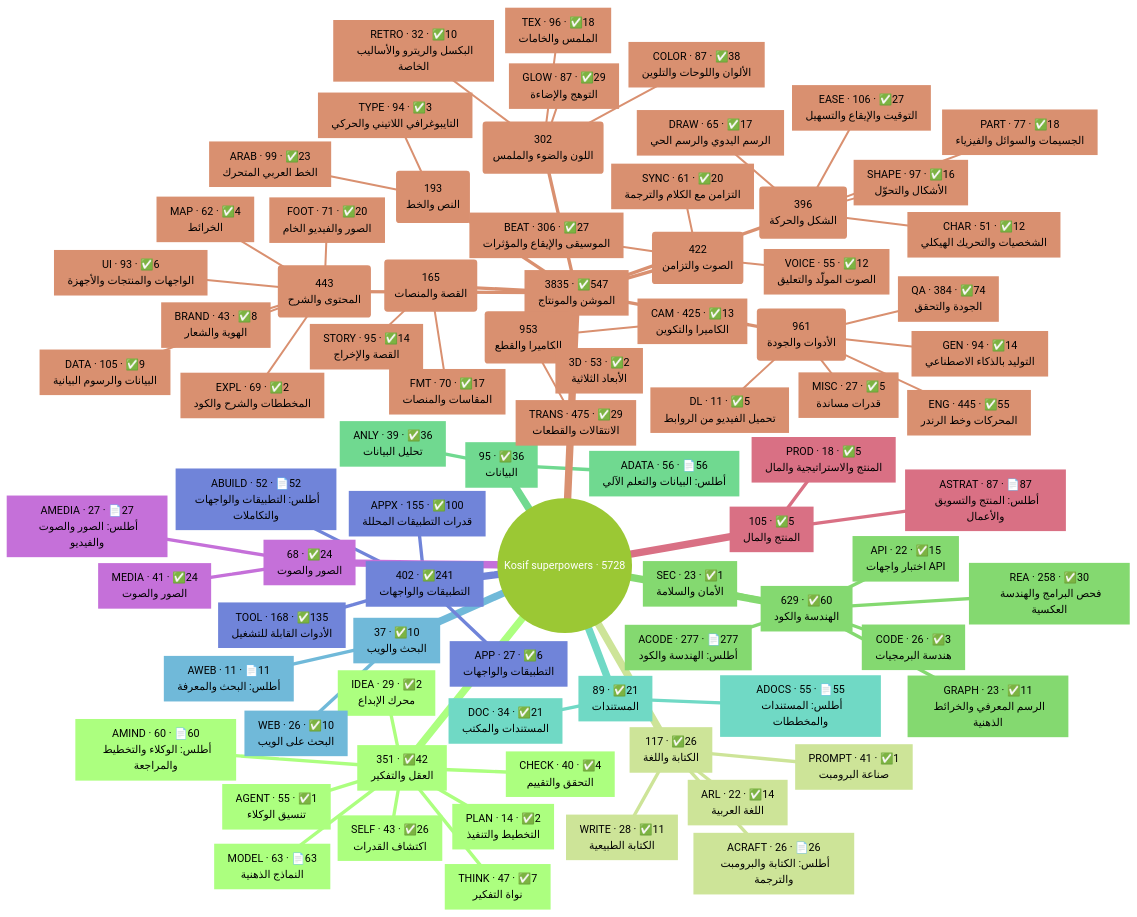
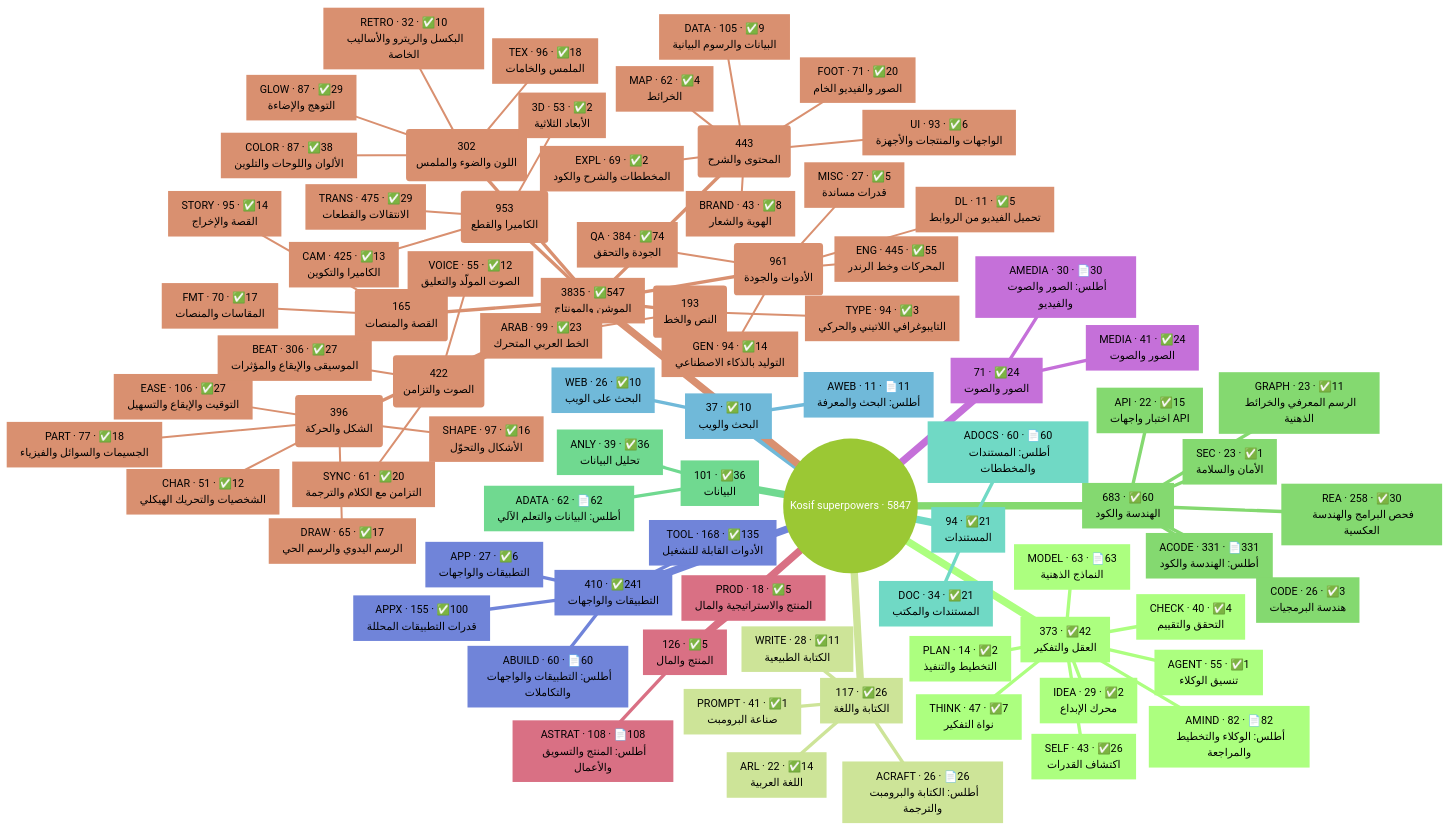
Before and after one commit to kosif199022-jpg/kosif-tool: the first of 2 diagrams in .claude/skills/kosif-superpowers/references/capability-map.md, drawn with Mermaid (forest theme). The commit also changed other lines of this file and 1314 other files, not shown here.

````diff
--- a/.claude/skills/kosif-superpowers/references/capability-map.md
+++ b/.claude/skills/kosif-superpowers/references/capability-map.md
@@ -18,12 +18,12 @@
 ```mermaid
 mindmap
-  root((Kosif superpowers · 5728))
-    n1["`351 · ✅42
+  root((Kosif superpowers · 5847))
+    n1["`373 · ✅42
 العقل والتفكير`"]
-      n2["`MODEL · 63 · 📄63
+      n2["`AMIND · 82 · 📄82
+أطلس: الوكلاء والتخطيط والمراجعة`"]
+      n3["`MODEL · 63 · 📄63
 النماذج الذهنية`"]
-      n3["`AMIND · 60 · 📄60
-أطلس: الوكلاء والتخطيط والمراجعة`"]
       n4["`AGENT · 55 · ✅1
 تنسيق الوكلاء`"]
       n5["`THINK · 47 · ✅7
@@ -46,9 +46,9 @@
 أطلس: الكتابة والبرومبت والترجمة`"]
       n14["`ARL · 22 · ✅14
 اللغة العربية`"]
-    n15["`629 · ✅60
+    n15["`683 · ✅60
 الهندسة والكود`"]
-      n16["`ACODE · 277 · 📄277
+      n16["`ACODE · 331 · 📄331
 أطلس: الهندسة والكود`"]
       n17["`REA · 258 · ✅30
 فحص البرامج والهندسة العكسية`"]
@@ -60,15 +60,15 @@
 الأمان والسلامة`"]
       n21["`API · 22 · ✅15
 اختبار واجهات API`"]
-    n22["`95 · ✅36
+    n22["`101 · ✅36
 البيانات`"]
-      n23["`ADATA · 56 · 📄56
+      n23["`ADATA · 62 · 📄62
 أطلس: البيانات والتعلم الآلي`"]
       n24["`ANLY · 39 · ✅36
 تحليل البيانات`"]
-    n25["`89 · ✅21
+    n25["`94 · ✅21
 المستندات`"]
-      n26["`ADOCS · 55 · 📄55
+      n26["`ADOCS · 60 · 📄60
 أطلس: المستندات والمخططات`"]
       n27["`DOC · 34 · ✅21
 المستندات والمكتب`"]
@@ -78,25 +78,25 @@
 البحث على الويب`"]
       n30["`AWEB · 11 · 📄11
 أطلس: البحث والمعرفة`"]
-    n31["`402 · ✅241
+    n31["`410 · ✅241
 التطبيقات والواجهات`"]
       n32["`TOOL · 168 · ✅135
 الأدوات القابلة للتشغيل`"]
       n33["`APPX · 155 · ✅100
 قدرات التطبيقات المحللة`"]
-      n34["`ABUILD · 52 · 📄52
+      n34["`ABUILD · 60 · 📄60
 أطلس: التطبيقات والواجهات والتكاملات`"]
       n35["`APP · 27 · ✅6
 التطبيقات والواجهات`"]
-    n36["`68 · ✅24
+    n36["`71 · ✅24
 الصور والصوت`"]
       n37["`MEDIA · 41 · ✅24
 الصور والصوت`"]
-      n38["`AMEDIA · 27 · 📄27
+      n38["`AMEDIA · 30 · 📄30
 أطلس: الصور والصوت والفيديو`"]
-    n39["`105 · ✅5
+    n39["`126 · ✅5
 المنتج والمال`"]
-      n40["`ASTRAT · 87 · 📄87
+      n40["`ASTRAT · 108 · 📄108
 أطلس: المنتج والتسويق والأعمال`"]
       n41["`PROD · 18 · ✅5
 المنتج والاستراتيجية والمال`"]
````
